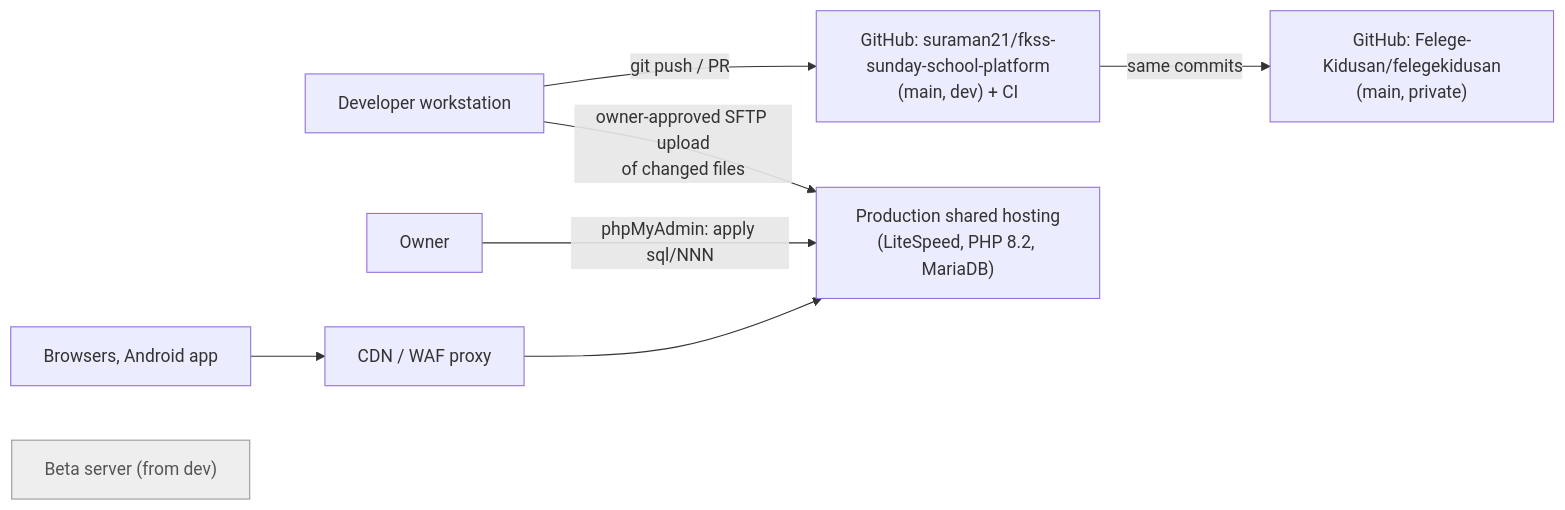
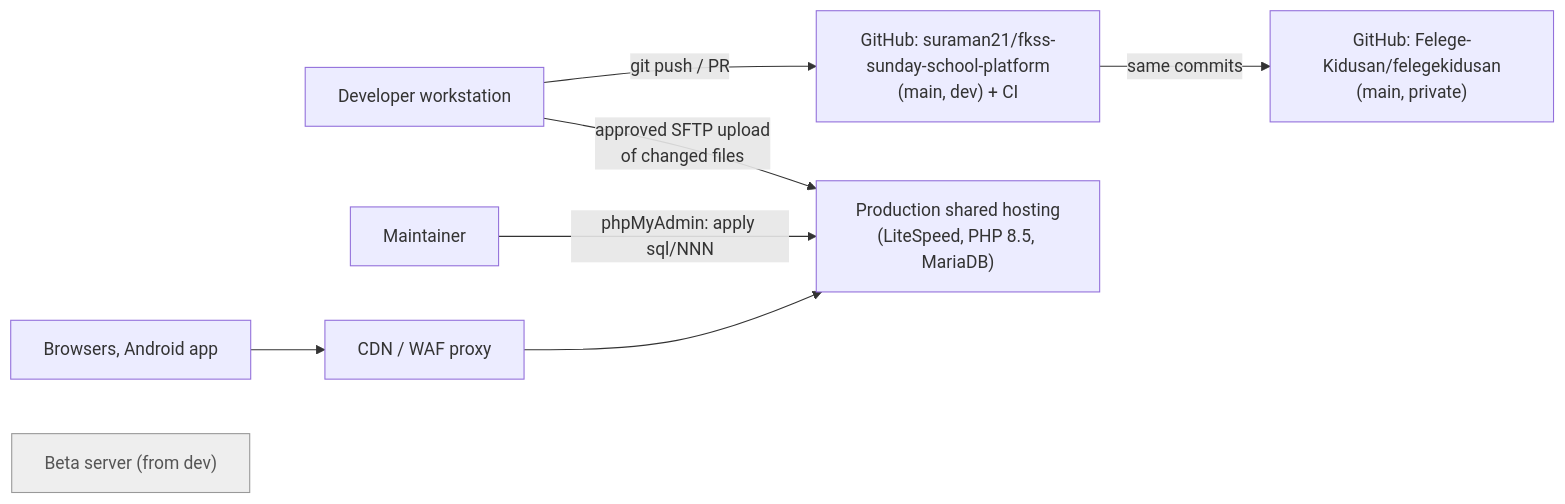
The sixth of 6 diagrams in docs/architecture/TECHNICAL_DESIGN.md (Felege-Kidusan/felegekidusan), drawn with Mermaid before and after one commit. The commit also changed other lines of this file and 26 other files, not shown here.

````diff
--- a/docs/architecture/TECHNICAL_DESIGN.md
+++ b/docs/architecture/TECHNICAL_DESIGN.md
@@ -199,11 +199,11 @@
 ```mermaid
 flowchart LR
   dev["Developer workstation"] -->|"git push / PR"| gh["GitHub: suraman21/fkss-sunday-school-platform<br/>(main, dev) + CI"]
   gh -->|"same commits"| prodrepo["GitHub: Felege-Kidusan/felegekidusan<br/>(main, private)"]
-  dev -->|"owner-approved SFTP upload<br/>of changed files"| prod["Production shared hosting<br/>(LiteSpeed, PHP 8.2, MariaDB)"]
-  owner["Owner"] -->|"phpMyAdmin: apply sql/NNN"| prod
+  dev -->|"approved SFTP upload<br/>of changed files"| prod["Production shared hosting<br/>(LiteSpeed, PHP 8.5, MariaDB)"]
+  maint["Maintainer"] -->|"phpMyAdmin: apply sql/NNN"| prod
   cdn["CDN / WAF proxy"] --> prod
   users["Browsers, Android app"] --> cdn
   beta["Beta server (from dev)"]:::muted
   classDef muted fill:#eee,stroke:#999,color:#555
 ```
````
